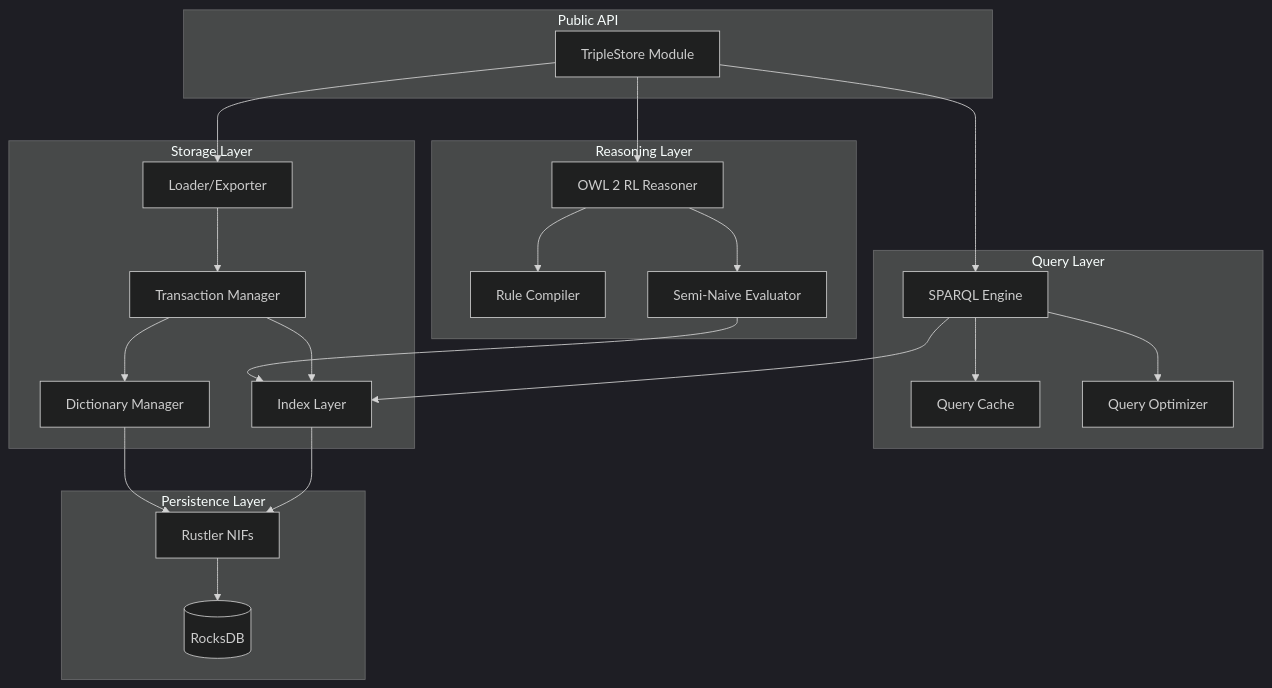
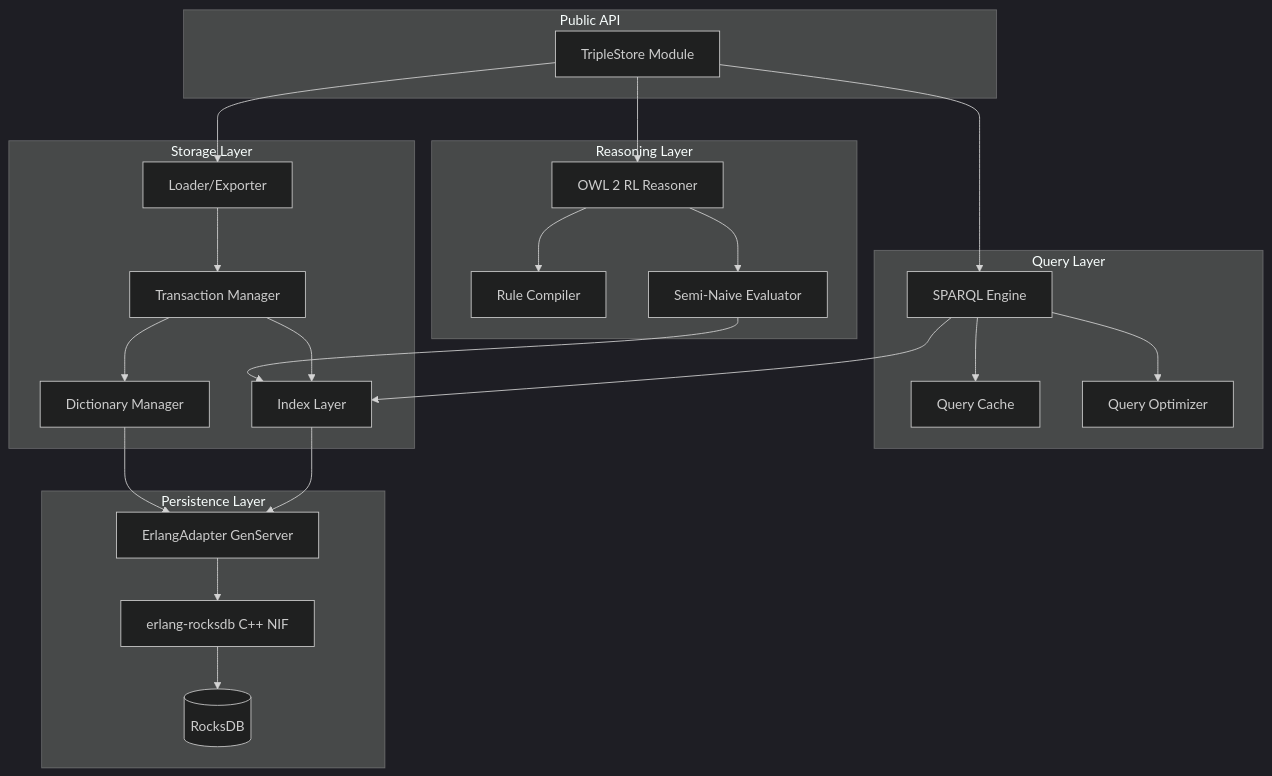
One commit to pcharbon70/triple_store changed the first of 6 diagrams in guides/developer/00-architecture-overview.md. Above: the diagram before and after it, drawn with Mermaid (dark theme). The commit also changed other lines of this file and 2 other files, not shown here.

First line of the commit message:
Update developer guides for erlang-rocksdb architecture

````diff
--- a/guides/developer/00-architecture-overview.md
+++ b/guides/developer/00-architecture-overview.md
@@ -9,50 +9,52 @@
 ```mermaid
 graph TB
     subgraph "Public API"
         API[TripleStore Module]
     end
 
     subgraph "Query Layer"
         SPARQL[SPARQL Engine]
         CACHE[Query Cache]
         OPT[Query Optimizer]
     end
 
     subgraph "Reasoning Layer"
         REASONER[OWL 2 RL Reasoner]
         RULES[Rule Compiler]
         SEMI[Semi-Naive Evaluator]
     end
 
     subgraph "Storage Layer"
         LOADER[Loader/Exporter]
         TX[Transaction Manager]
         DICT[Dictionary Manager]
         IDX[Index Layer]
     end
 
     subgraph "Persistence Layer"
-        NIF[Rustler NIFs]
+        ADAPTER[ErlangAdapter GenServer]
+        ERLANG_ROCKSDB[erlang-rocksdb C++ NIF]
         ROCKS[(RocksDB)]
     end
 
     API --> SPARQL
     API --> REASONER
     API --> LOADER
 
     SPARQL --> CACHE
     SPARQL --> OPT
     SPARQL --> IDX
 
     REASONER --> RULES
     REASONER --> SEMI
     SEMI --> IDX
 
     LOADER --> TX
     TX --> DICT
     TX --> IDX
 
-    DICT --> NIF
-    IDX --> NIF
-    NIF --> ROCKS
+    DICT --> ADAPTER
+    IDX --> ADAPTER
+    ADAPTER --> ERLANG_ROCKSDB
+    ERLANG_ROCKSDB --> ROCKS
 ```
````
